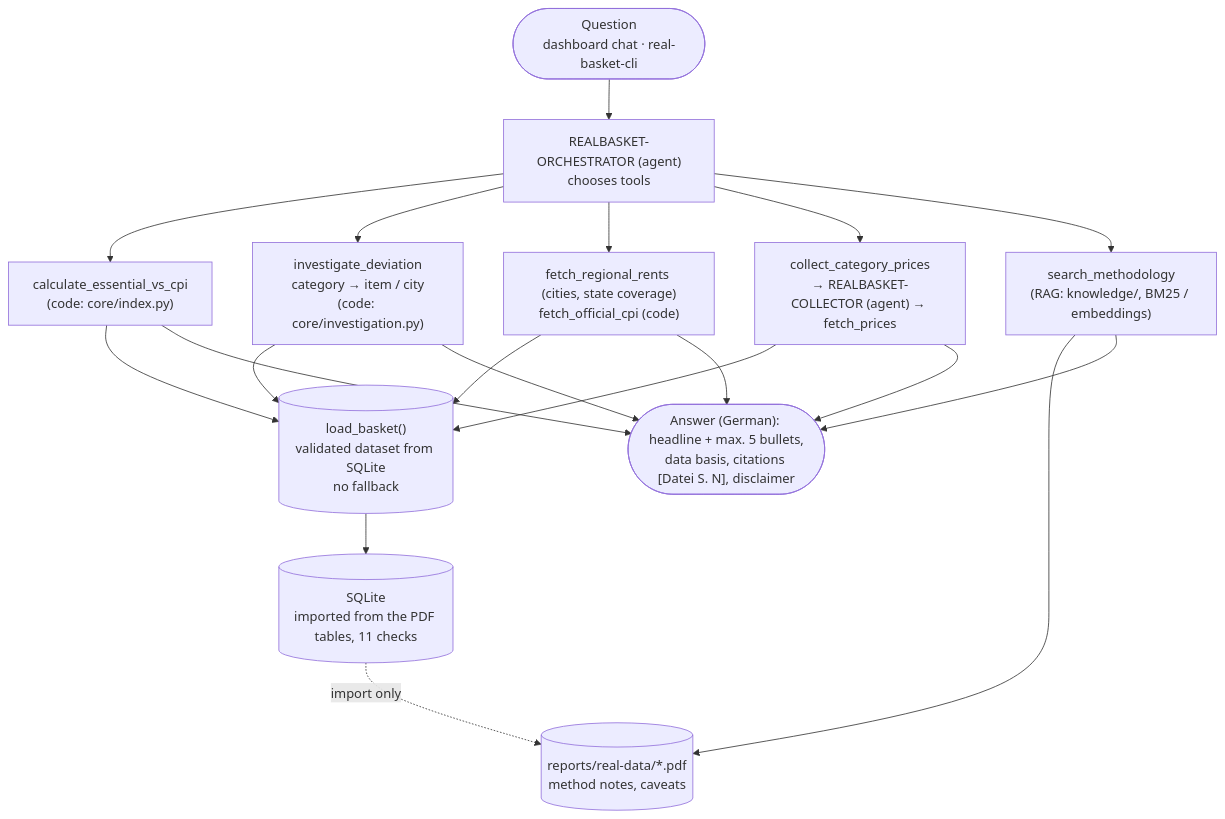
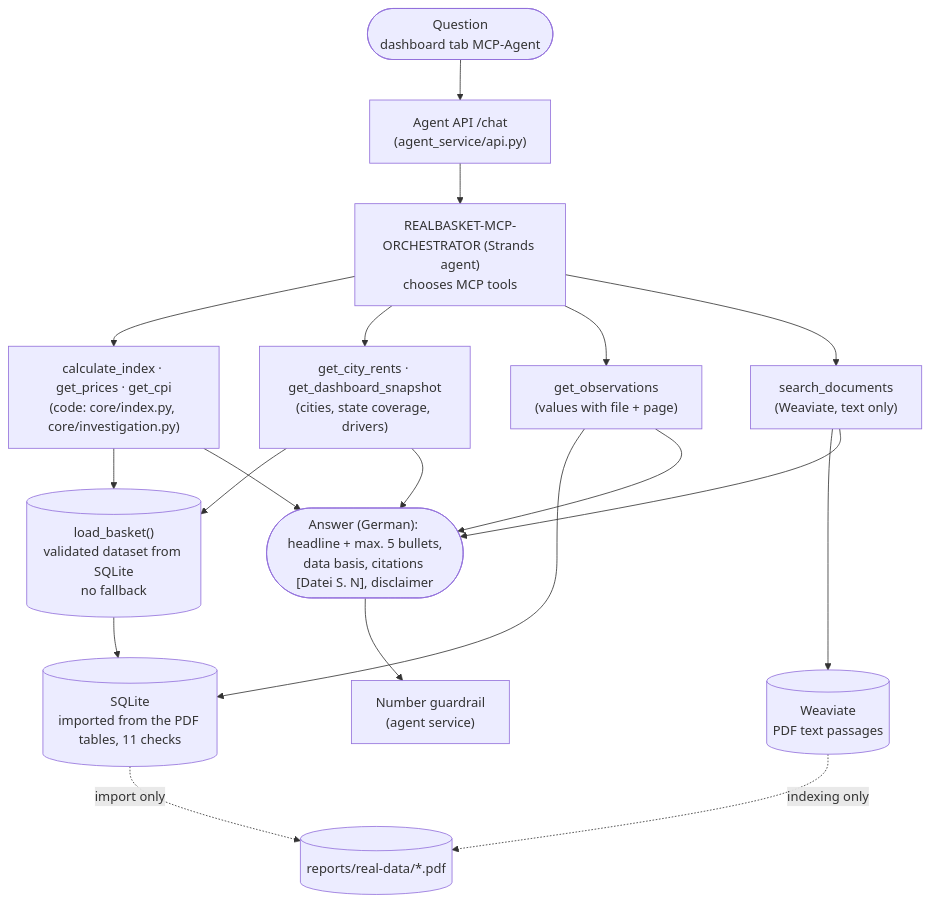
The diagram in docs/process-redesign.md (ValentinIliu1212/realBasket), drawn with Mermaid before and after one commit. The commit also changed other lines of this file and 36 other files, not shown here.

First line of the commit message:
Remove legacy CLI agent path, unused code and outdated docs

````diff
--- a/docs/process-redesign.md
+++ b/docs/process-redesign.md
@@ -28,15 +32,17 @@
 ```mermaid
 flowchart TD
-    U(["Question<br/>dashboard chat · real-basket-cli"]) --> O
-    O["REALBASKET-ORCHESTRATOR (agent)<br/>chooses tools"]
-    O --> C["calculate_essential_vs_cpi<br/>(code: core/index.py)"]
-    O --> I["investigate_deviation<br/>category → item / city<br/>(code: core/investigation.py)"]
-    O --> R["fetch_regional_rents (cities, state coverage)<br/>fetch_official_cpi (code)"]
-    O --> COL["collect_category_prices<br/>→ REALBASKET-COLLECTOR (agent) → fetch_prices"]
-    O --> K["search_methodology<br/>(RAG: knowledge/, BM25 / embeddings)"]
-    K --> PDF[("reports/real-data/*.pdf<br/>method notes, caveats")]
-    C & I & R & COL --> B[("load_basket()<br/>validated dataset from SQLite<br/>no fallback")]
+    U(["Question<br/>dashboard tab MCP-Agent"]) --> API["Agent API /chat<br/>(agent_service/api.py)"]
+    API --> O["REALBASKET-MCP-ORCHESTRATOR (Strands agent)<br/>chooses MCP tools"]
+    O --> C["calculate_index · get_prices · get_cpi<br/>(code: core/index.py, core/investigation.py)"]
+    O --> R["get_city_rents · get_dashboard_snapshot<br/>(cities, state coverage, drivers)"]
+    O --> P["get_observations<br/>(values with file + page)"]
+    O --> K["search_documents<br/>(Weaviate, text only)"]
+    C & R --> B[("load_basket()<br/>validated dataset from SQLite<br/>no fallback")]
     B --> DB[("SQLite<br/>imported from the PDF tables, 11 checks")]
-    DB -. import only .-> PDF
-    C & I & R & COL & K --> A(["Answer (German): headline + max. 5 bullets,<br/>data basis, citations [Datei S. N], disclaimer"])
+    P --> DB
+    DB -. import only .-> PDF[("reports/real-data/*.pdf")]
+    K --> W[("Weaviate<br/>PDF text passages")]
+    W -. indexing only .-> PDF
+    C & R & P & K --> A(["Answer (German): headline + max. 5 bullets,<br/>data basis, citations [Datei S. N], disclaimer"])
+    A --> G["Number guardrail<br/>(agent service)"]
 ```
````
